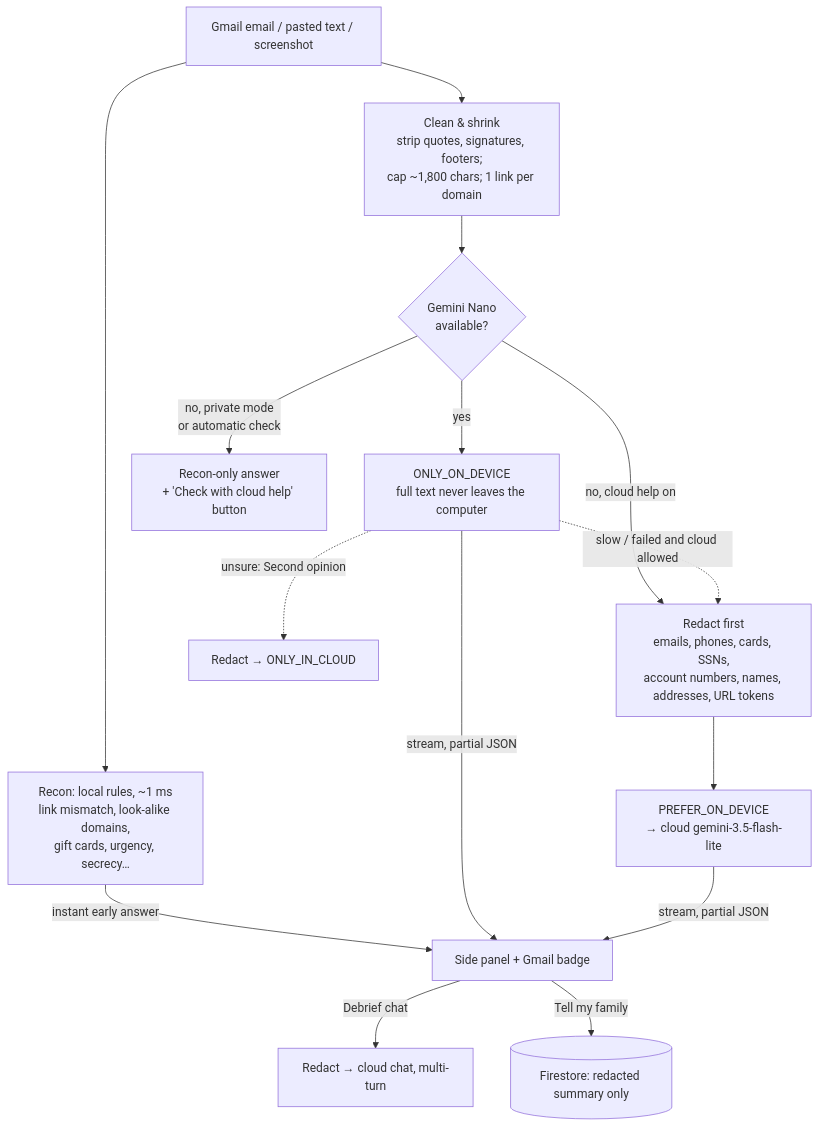
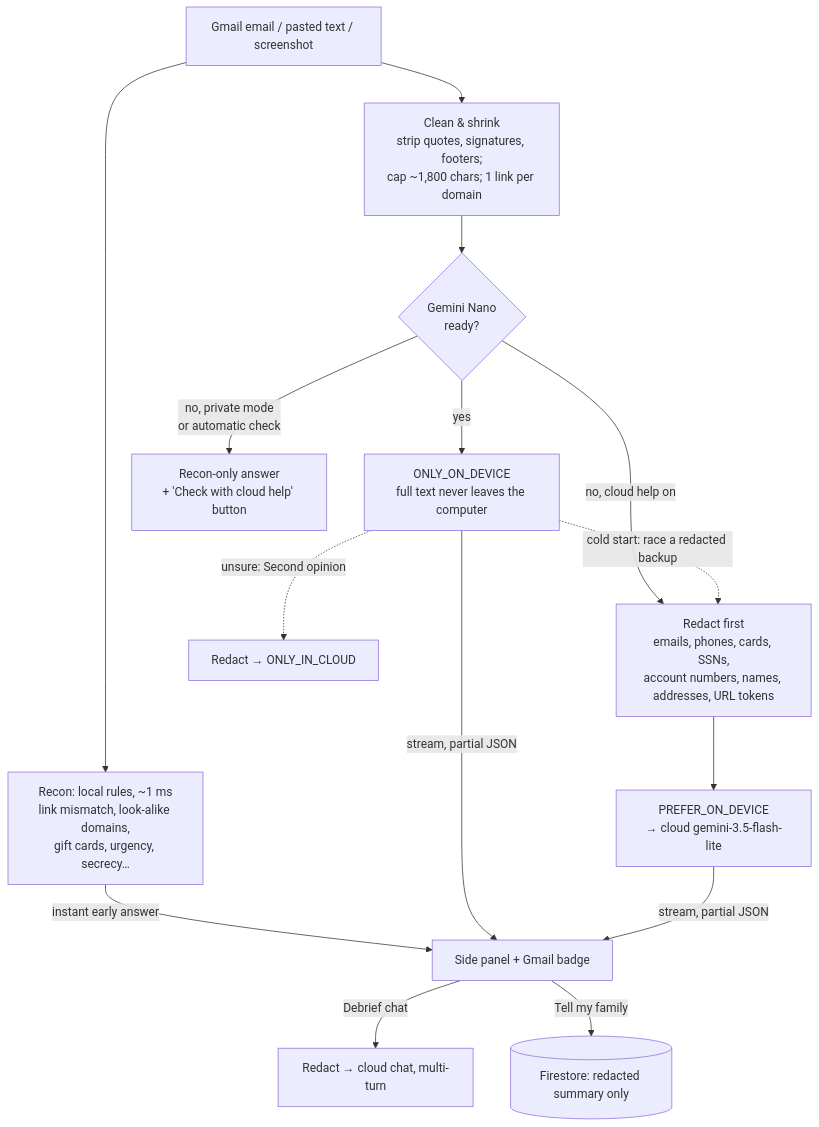
Before and after one commit to vlww/Scamouflage: the diagram in README.md, drawn with Mermaid. The commit also changed other lines of this file and 42 other files, not shown here.

````diff
--- a/README.md
+++ b/README.md
@@ -62,17 +86,17 @@
 ```mermaid
 flowchart TD
     A[Gmail email / pasted text / screenshot] --> R[Recon: local rules, ~1 ms<br/>link mismatch, look-alike domains,<br/>gift cards, urgency, secrecy…]
     R -->|instant early answer| UI[Side panel + Gmail badge]
     A --> C[Clean & shrink<br/>strip quotes, signatures, footers;<br/>cap ~1,800 chars; 1 link per domain]
-    C --> Q{Gemini Nano<br/>available?}
+    C --> Q{Gemini Nano<br/>ready?}
     Q -->|yes| D["ONLY_ON_DEVICE<br/>full text never leaves the computer"]
     Q -->|no, cloud help on| X[Redact first<br/>emails, phones, cards, SSNs,<br/>account numbers, names, addresses, URL tokens]
     X --> P["PREFER_ON_DEVICE<br/>→ cloud gemini-3.5-flash-lite"]
     Q -->|no, private mode<br/>or automatic check| RO[Recon-only answer<br/>+ 'Check with cloud help' button]
     D -->|stream, partial JSON| UI
     P -->|stream, partial JSON| UI
-    D -.->|slow / failed and cloud allowed| X
+    D -.->|cold start: race a redacted backup| X
     D -.->|unsure: Second opinion| X2[Redact → ONLY_IN_CLOUD]
     UI -->|Debrief chat| X3[Redact → cloud chat, multi-turn]
     UI -->|Tell my family| F[(Firestore: redacted summary only)]
 ```
````
